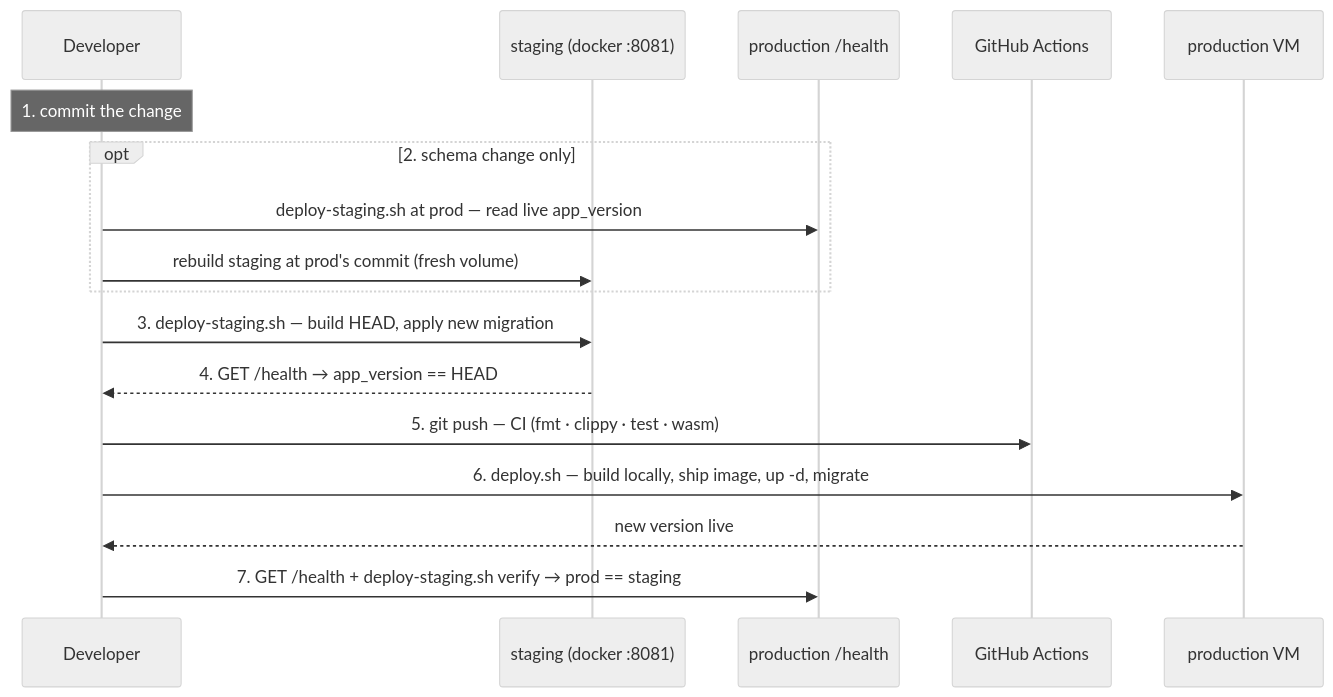
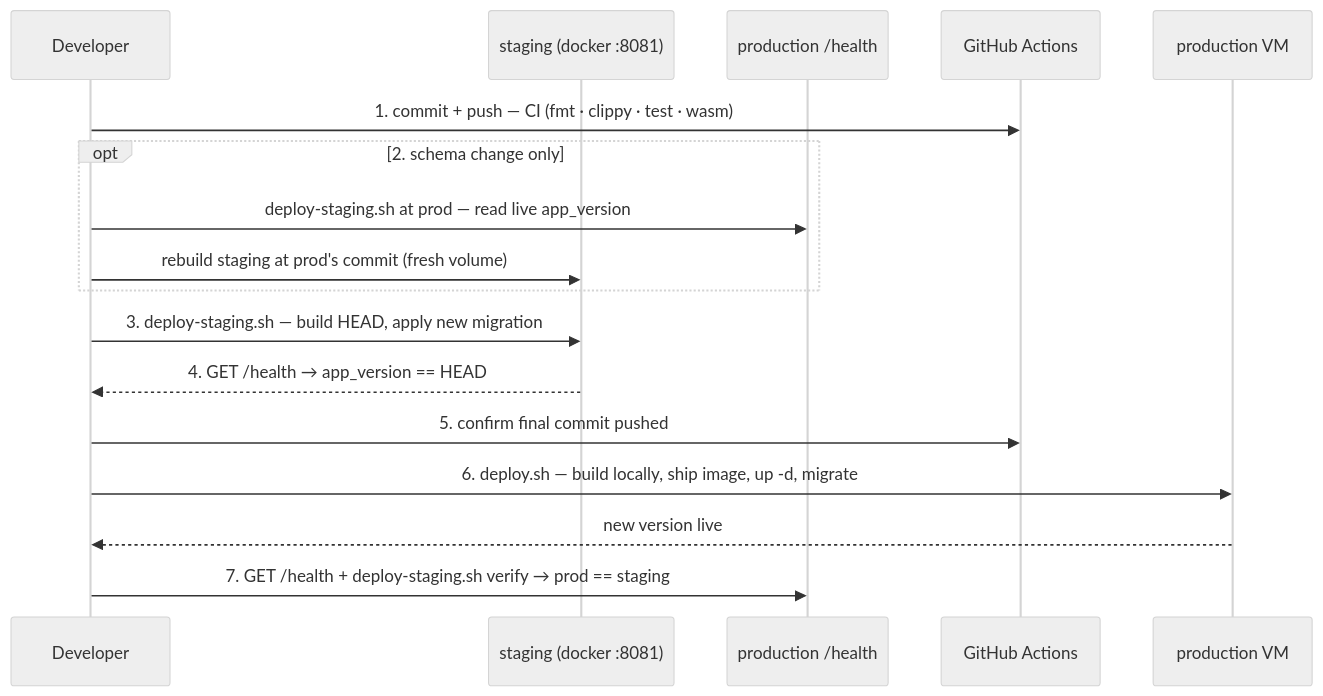
Before and after one commit to SteveStyle/tile-lite-elite: the diagram in docs/3.3-testing-ci-and-release.md, drawn with Mermaid (neutral theme). The commit also changed other lines of this file, not shown here.

First line of the commit message:
Push right after committing in the release runbook (3.3)

````diff
--- a/docs/3.3-testing-ci-and-release.md
+++ b/docs/3.3-testing-ci-and-release.md
@@ -147,20 +148,20 @@
 ```mermaid
 sequenceDiagram
     participant Dev as Developer
     participant Stg as staging (docker :8081)
     participant Prod as production /health
     participant GH as GitHub Actions
     participant VM as production VM
 
-    Note over Dev: 1. commit the change
+    Dev->>GH: 1. commit + push — CI (fmt · clippy · test · wasm)
     opt 2. schema change only
         Dev->>Prod: deploy-staging.sh at prod — read live app_version
         Dev->>Stg: rebuild staging at prod's commit (fresh volume)
     end
     Dev->>Stg: 3. deploy-staging.sh — build HEAD, apply new migration
     Stg-->>Dev: 4. GET /health → app_version == HEAD
-    Dev->>GH: 5. git push — CI (fmt · clippy · test · wasm)
+    Dev->>GH: 5. confirm final commit pushed
     Dev->>VM: 6. deploy.sh — build locally, ship image, up -d, migrate
     VM-->>Dev: new version live
     Dev->>Prod: 7. GET /health + deploy-staging.sh verify → prod == staging
 ```
````
